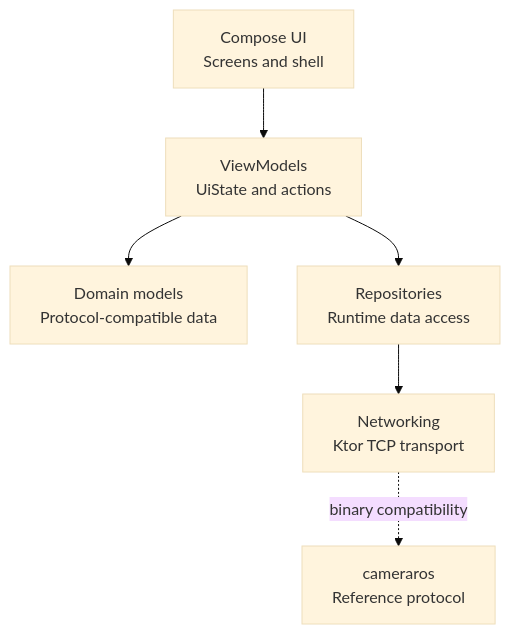
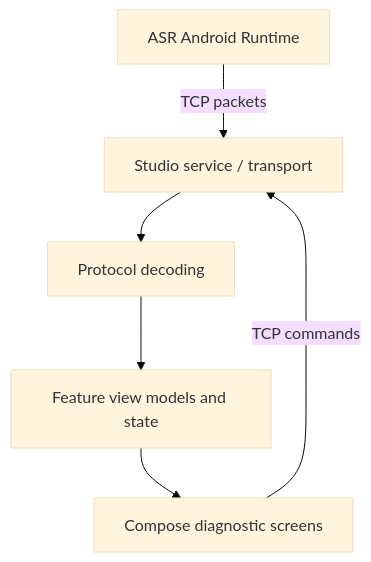
The second of 2 diagrams in ARCHITECTURE.md (ShreyasDamase/Asrstudio), drawn with Mermaid (base theme) before and after one commit. The commit also changed other lines of this file and 29 other files, not shown here.

Commit message:
Polish ASR Studio diagnostics and documentation

````diff
--- a/ARCHITECTURE.md
+++ b/ARCHITECTURE.md
@@ -20,15 +30,8 @@
 ```mermaid
 flowchart TB
-    UI["Compose UI\nScreens and shell"]
-    VM["ViewModels\nUiState and actions"]
-    Domain["Domain models\nProtocol-compatible data"]
-    Data["Repositories\nRuntime data access"]
-    Net["Networking\nKtor TCP transport"]
-    Android["cameraros\nReference protocol"]
-
-    UI --> VM
-    VM --> Domain
-    VM --> Data
-    Data --> Net
-    Net -. "binary compatibility" .-> Android
+    Phone["ASR Android Runtime"] -->|"TCP packets"| Transport["Studio service / transport"]
+    Transport --> Parser["Protocol decoding"]
+    Parser --> State["Feature view models and state"]
+    State --> UI["Compose diagnostic screens"]
+    UI -->|"TCP commands"| Transport
 ```
````
